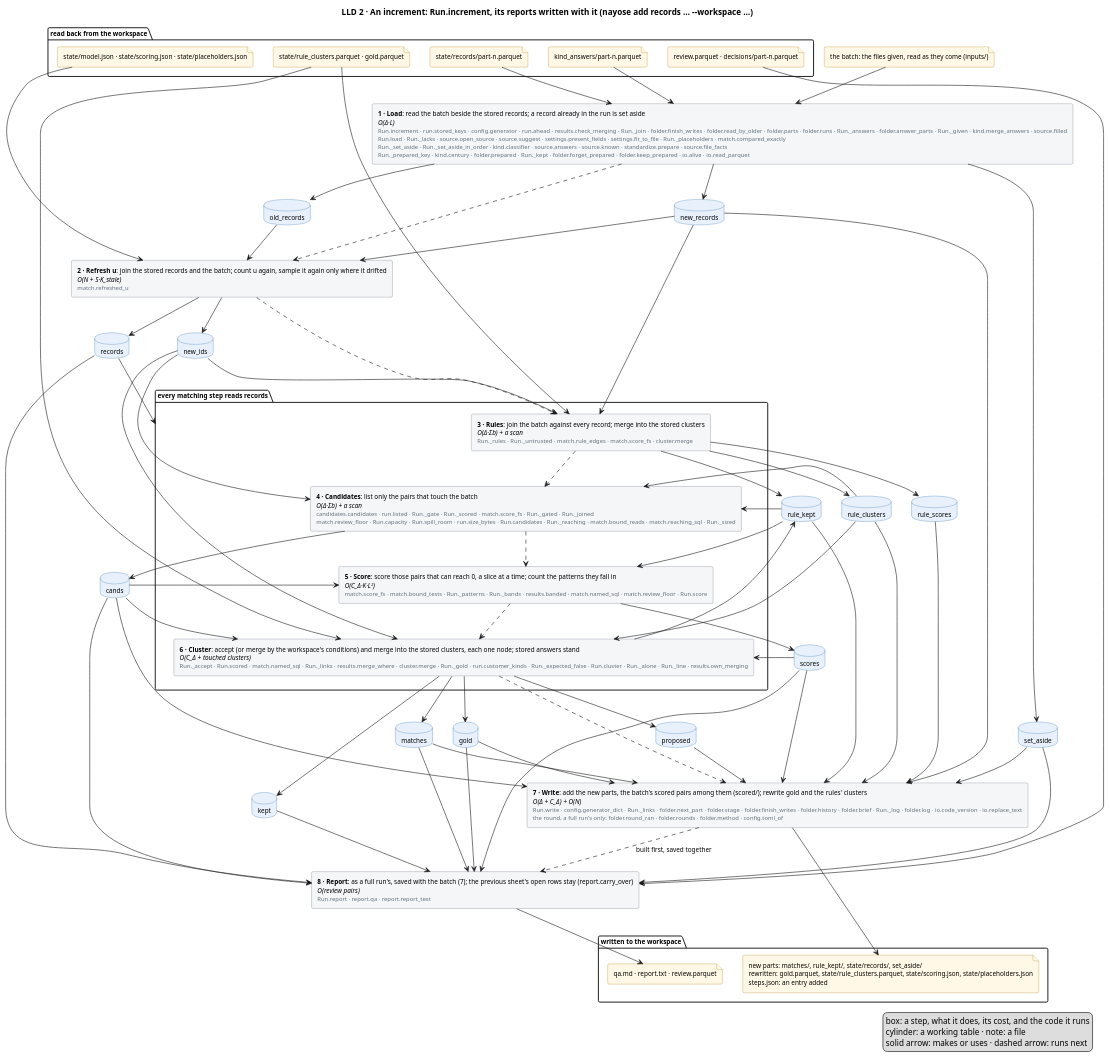
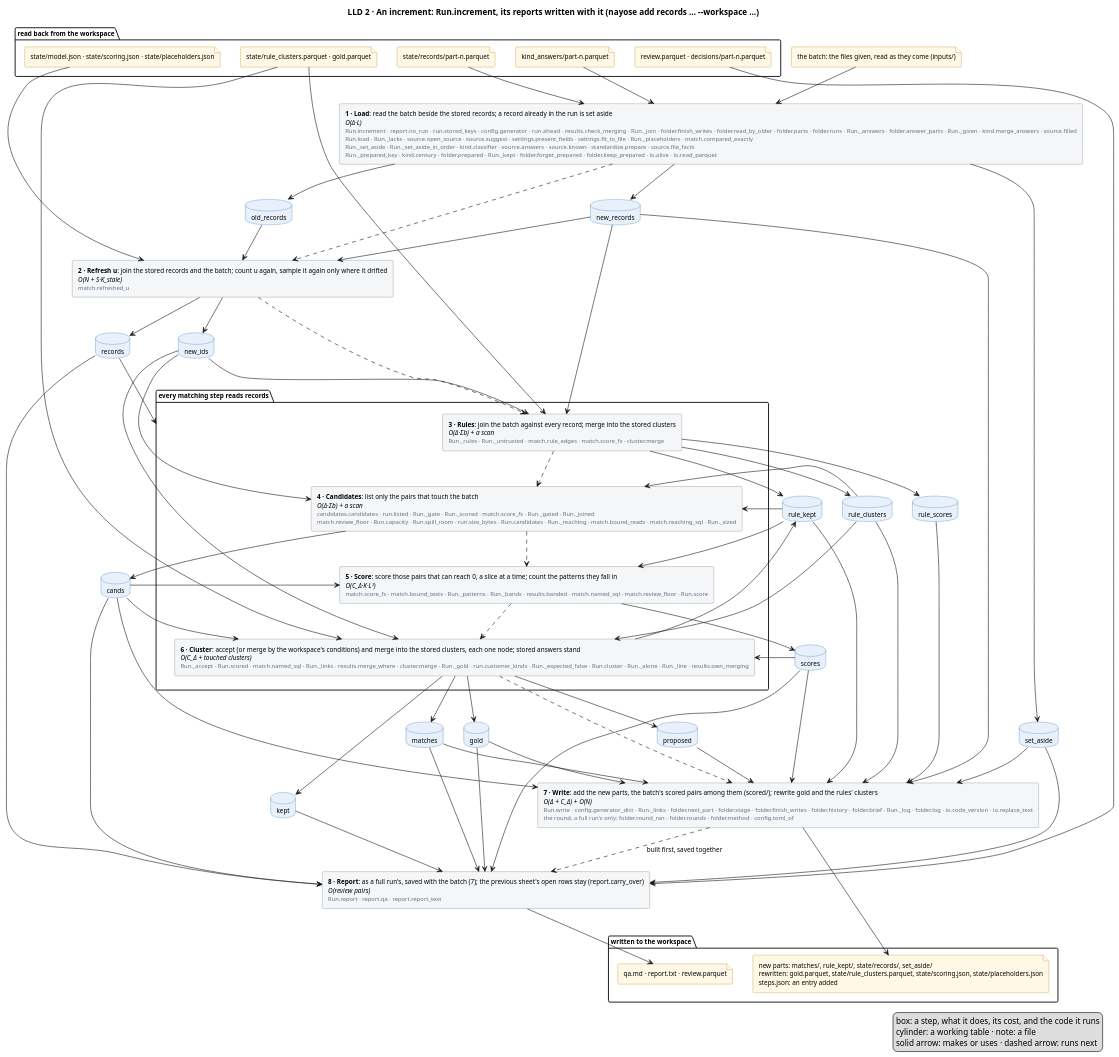
One commit to mvsbm/entity_matching changed the diagram in docs/diagrams/increment.puml. Above: the diagram before and after it, drawn with PlantUML. The commit also changed 16 other files, not shown here.

First line of the commit message:
One place each for the trust line's links, each key's tallies, the fields a run needs, the 30%-filled warning, running a command and a run's steps and their words; repeated strings and helpers said once

```diff
--- a/docs/diagrams/increment.puml
+++ b/docs/diagrams/increment.puml
@@ -1,127 +1,127 @@
 @startuml increment
 title LLD 2 · An increment: Run.increment, its reports written with it (nayose add records … ~--workspace …)
 skinparam defaultFontSize 11
 skinparam rectangle {
   BackgroundColor #F4F6F8
   BorderColor #65717E
 }
 skinparam database {
   BackgroundColor #E8F1FB
   BorderColor #2C6DB3
 }
 skinparam file {
   BackgroundColor #FFF8E6
   BorderColor #B07D00
 }
 
 package "read back from the workspace" {
   file "state/model.json · state/scoring.json · state/placeholders.json" as f_model
   file "state/records/part-n.parquet" as f_records
   file "state/rule_clusters.parquet · gold.parquet" as f_clusters
   file "kind_answers/part-n.parquet" as f_answers
   file "review.parquet · decisions/part-n.parquet" as f_sheet
 }
 file "the batch: the files given, read as they come (inputs/)" as f_batch
 
 
-rectangle "<b>1 · Load</b>: read the batch beside the stored records; a record already in the run is set aside\n<i>O(Δ·L)</i>\n<size:10><color:#65717E>Run.increment · run.stored_keys · config.generator · run.ahead · results.check_merging · Run._join · folder.finish_writes · folder.read_by_older · folder.parts · folder.runs · Run._answers · folder.answer_parts · Run._given · kind.merge_answers · source.filled</color></size>\n<size:10><color:#65717E>Run.load · Run._lacks · source.open_source · source.suggest · settings.present_fields · settings.fit_to_file · Run._placeholders · match.compared_exactly</color></size>\n<size:10><color:#65717E>Run._set_aside · Run._set_aside_in_order · kind.classifier · source.answers · source.known · standardize.prepare · source.file_facts</color></size>\n<size:10><color:#65717E>Run._prepared_key · kind.century · folder.prepared · Run._kept · folder.forget_prepared · folder.keep_prepared · io.alive · io.read_parquet</color></size>" as load
+rectangle "<b>1 · Load</b>: read the batch beside the stored records; a record already in the run is set aside\n<i>O(Δ·L)</i>\n<size:10><color:#65717E>Run.increment · report.no_run · run.stored_keys · config.generator · run.ahead · results.check_merging · Run._join · folder.finish_writes · folder.read_by_older · folder.parts · folder.runs · Run._answers · folder.answer_parts · Run._given · kind.merge_answers · source.filled</color></size>\n<size:10><color:#65717E>Run.load · Run._lacks · source.open_source · source.suggest · settings.present_fields · settings.fit_to_file · Run._placeholders · match.compared_exactly</color></size>\n<size:10><color:#65717E>Run._set_aside · Run._set_aside_in_order · kind.classifier · source.answers · source.known · standardize.prepare · source.file_facts</color></size>\n<size:10><color:#65717E>Run._prepared_key · kind.century · folder.prepared · Run._kept · folder.forget_prepared · folder.keep_prepared · io.alive · io.read_parquet</color></size>" as load
 rectangle "<b>2 · Refresh u</b>: join the stored records and the batch; count u again, sample it again only where it drifted\n<i>O(N + S·K_stale)</i>\n<size:10><color:#65717E>match.refreshed_u</color></size>" as fit
 package "every matching step reads records" as matching {
   rectangle "<b>3 · Rules</b>: join the batch against every record; merge into the stored clusters\n<i>O(Δ·Σb) + a scan</i>\n<size:10><color:#65717E>Run._rules · Run._untrusted · match.rule_edges · match.score_fs · cluster.merge</color></size>" as rules
   rectangle "<b>4 · Candidates</b>: list only the pairs that touch the batch\n<i>O(Δ·Σb) + a scan</i>\n<size:10><color:#65717E>candidates.candidates · run.listed · Run._gate · Run._scored · match.score_fs · Run._gated · Run._joined</color></size>\n<size:10><color:#65717E>match.review_floor · Run.capacity · Run.spill_room · run.size_bytes · Run.candidates · Run._reaching · match.bound_reads · match.reaching_sql · Run._sized</color></size>" as candidates
   rectangle "<b>5 · Score</b>: score those pairs that can reach 0, a slice at a time; count the patterns they fall in\n<i>O(C_Δ·K·L²)</i>\n<size:10><color:#65717E>match.score_fs · match.bound_tests · Run._patterns · Run._bands · results.banded · match.named_sql · match.review_floor · Run.score</color></size>" as score
   rectangle "<b>6 · Cluster</b>: accept (or merge by the workspace's conditions) and merge into the stored clusters, each one node; stored answers stand\n<i>O(C_Δ + touched clusters)</i>\n<size:10><color:#65717E>Run._accept · Run.scored · match.named_sql · Run._links · results.merge_where · cluster.merge · Run._gold · run.customer_kinds · Run._expected_false · Run.cluster · Run._alone · Run._line · results.own_merging</color></size>" as cluster
 }
 rectangle "<b>7 · Write</b>: add the new parts, the batch's scored pairs among them (scored/); rewrite gold and the rules' clusters\n<i>O(Δ + C_Δ) + O(N)</i>\n<size:10><color:#65717E>Run.write · config.generator_dict · Run._links · folder.next_part · folder.stage · folder.finish_writes · folder.history · folder.brief · Run._log · folder.log · io.code_version · io.replace_text</color></size>\n<size:10><color:#65717E>the round, a full run's only: folder.round_ran · folder.rounds · folder.method · config.toml_of</color></size>" as write
 rectangle "<b>8 · Report</b>: as a full run's, saved with the batch (7); the previous sheet's open rows stay (report.carry_over)\n<i>O(review pairs)</i>\n<size:10><color:#65717E>Run.report · report.qa · report.report_text</color></size>" as report
 database "old_records" as old_records
 database "new_records" as new_records
 database "set_aside" as set_aside
 database "records" as records
 database "new_ids" as new_ids
 database "rule_clusters" as rule_clusters
 database "rule_kept" as rule_kept
 database "cands" as cands
 database "scores" as scores
 database "rule_scores" as rule_scores
 database "matches" as matches
 database "proposed" as proposed
 database "kept" as kept
 database "gold" as gold
 
 package "written to the workspace" {
   file "new parts: matches/, rule_kept/, state/records/, set_aside/\nrewritten: gold.parquet, state/rule_clusters.parquet, state/scoring.json, state/placeholders.json\nsteps.json: an entry added" as f_out
   file "qa.md · report.txt · review.parquet" as f_people
 }
 
 f_batch --> load
 f_records --> load
 f_answers --> load
 f_model --> fit
 f_clusters --> rules
 f_clusters --> cluster
 f_sheet --> report
 
 load ..> fit
 fit ..> rules
 rules ..> candidates
 candidates ..> score
 score ..> cluster
 cluster ..> write
 write ..> report : built first, saved together
 
 load --> old_records
 load --> new_records
 load --> set_aside
 old_records --> fit
 new_records --> fit
 fit --> records
 fit --> new_ids
 records --> matching
 new_records --> rules
 new_ids --> rules
 rules --> rule_clusters
 rules --> rule_kept
 rules --> rule_scores
 rule_scores --> write
 cands --> write
 scores --> write
 new_ids --> candidates
 candidates --> cands
 cands --> score
 score --> scores
 new_ids --> cluster
 rule_clusters --> candidates
 rule_clusters --> cluster
 cands --> cluster
 scores --> cluster
 cluster --> matches
 cluster --> proposed
 cluster --> kept
 cluster --> rule_kept
 kept --> report
 proposed --> write
 cluster --> gold
 new_records --> write
 rule_clusters --> write
 rule_kept --> write
 rule_kept --> score
 rule_kept --> candidates
 matches --> write
 gold --> write
 set_aside --> write
 records --> report
 cands --> report
 scores --> report
 matches --> report
 gold --> report
 set_aside --> report
 
 write --> f_out
 report --> f_people
 legend right
   box: a step, what it does, its cost, and the code it runs
   cylinder: a working table · note: a file
   solid arrow: makes or uses · dashed arrow: runs next
 endlegend
 @enduml
```
